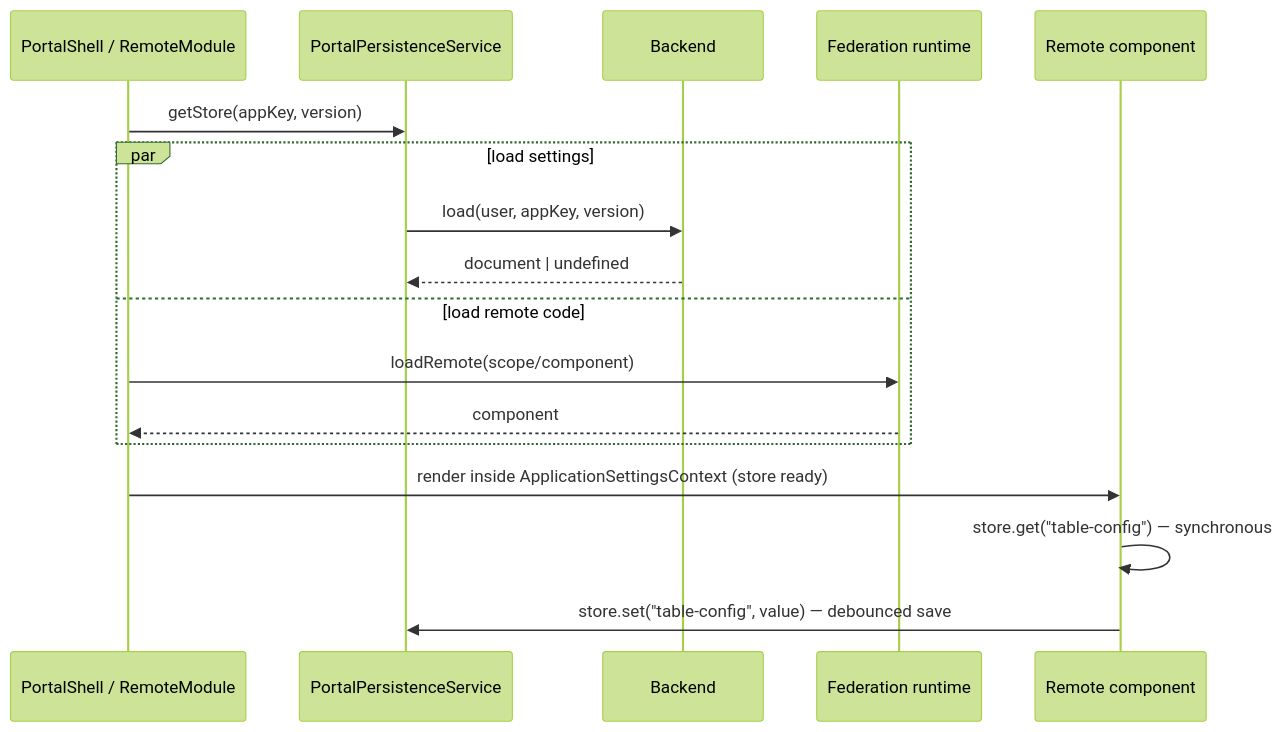
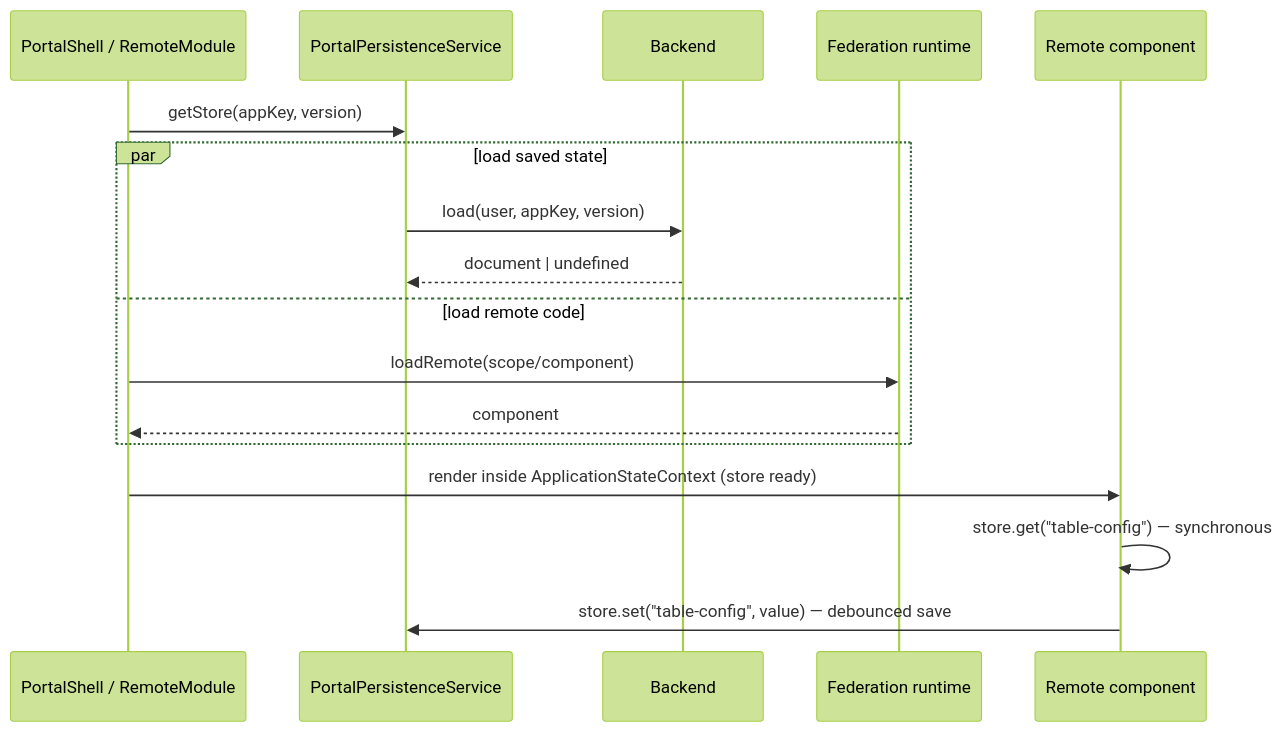
The second of 2 diagrams in vuu-ui/packages/core/docs/portal-persistence-design.md (finos/vuu), drawn with Mermaid (forest theme) before and after one commit. The commit also changed other lines of this file and 9 other files, not shown here.

````diff
--- a/vuu-ui/packages/core/docs/portal-persistence-design.md
+++ b/vuu-ui/packages/core/docs/portal-persistence-design.md
@@ -234,20 +268,20 @@
 ```mermaid
 sequenceDiagram
   participant Shell as PortalShell / RemoteModule
   participant Svc as PortalPersistenceService
   participant BE as Backend
   participant MF as Federation runtime
   participant App as Remote component
 
   Shell->>Svc: getStore(appKey, version)
-  par load settings
+  par load saved state
     Svc->>BE: load(user, appKey, version)
     BE-->>Svc: document | undefined
   and load remote code
     Shell->>MF: loadRemote(scope/component)
     MF-->>Shell: component
   end
-  Shell->>App: render inside ApplicationSettingsContext (store ready)
+  Shell->>App: render inside ApplicationStateContext (store ready)
   App->>App: store.get("table-config") — synchronous
   App->>Svc: store.set("table-config", value) — debounced save
 ```
````
